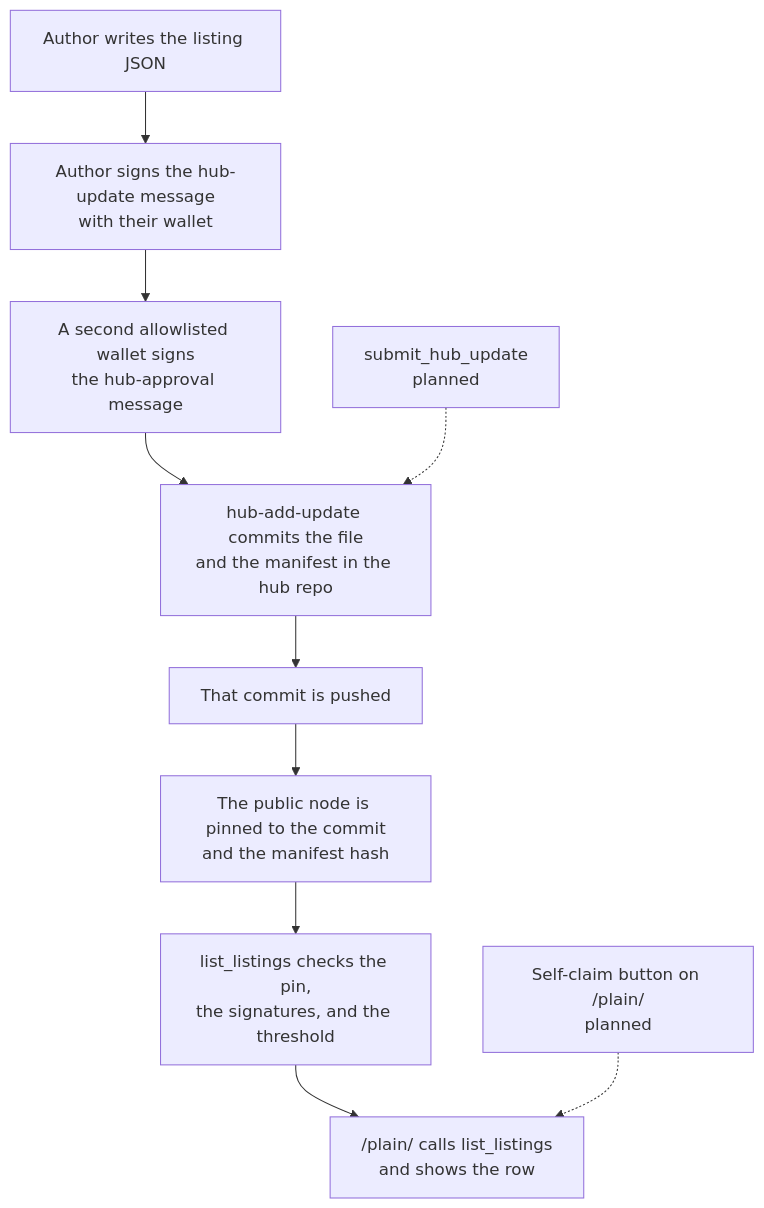
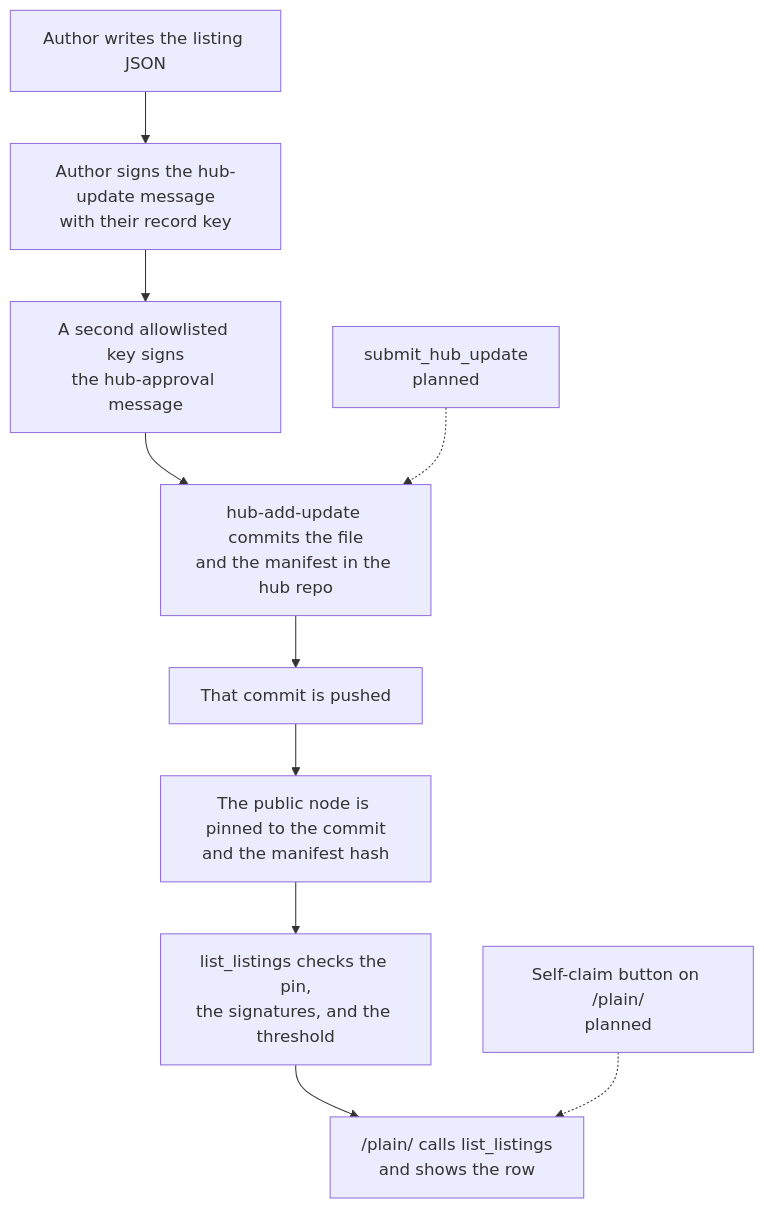
One commit to PhoenixClaw01/sa-ecosystem-node changed the second of 2 diagrams in docs/spec.md. Above: the diagram before and after it, drawn with Mermaid. The commit also changed other lines of this file and 20 other files, not shown here.

````diff
--- a/docs/spec.md
+++ b/docs/spec.md
@@ -124,12 +124,12 @@
 ```mermaid
 flowchart TD
-  A[Author writes the listing JSON] --> B[Author signs the hub-update message<br/>with their wallet]
-  B --> C[A second allowlisted wallet signs<br/>the hub-approval message]
+  A[Author writes the listing JSON] --> B[Author signs the hub-update message<br/>with their record key]
+  B --> C[A second allowlisted key signs<br/>the hub-approval message]
   C --> D[hub-add-update commits the file<br/>and the manifest in the hub repo]
   D --> E[That commit is pushed]
   E --> F[The public node is pinned to the commit<br/>and the manifest hash]
   F --> G[list_listings checks the pin,<br/>the signatures, and the threshold]
   G --> H["/plain/ calls list_listings<br/>and shows the row"]
   X[Self-claim button on /plain/<br/>planned] -.-> H
   Y[submit_hub_update<br/>planned] -.-> D
 ```
````
